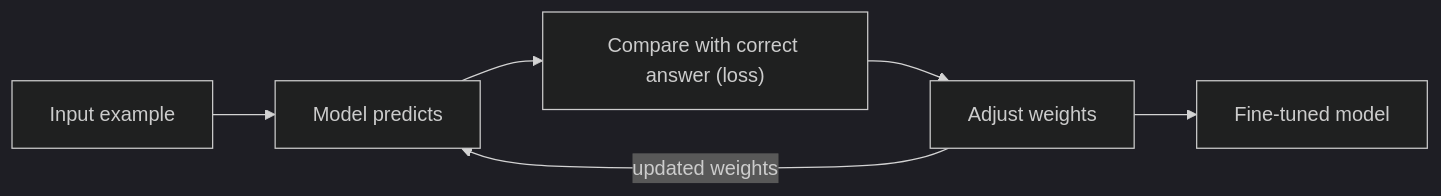
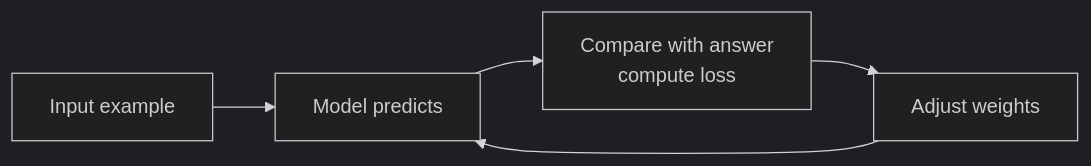
The second of 3 diagrams in notes/step-07-training-fine-tuning-and-alignment/083-how-does-fine-tuning-work.md (kaisarnajar/outcome-school-blogs), drawn with Mermaid (dark theme) before and after one commit. The commit also changed other lines of this file and 233 other files, not shown here.

````diff
--- a/notes/step-07-training-fine-tuning-and-alignment/083-how-does-fine-tuning-work.md
+++ b/notes/step-07-training-fine-tuning-and-alignment/083-how-does-fine-tuning-work.md
@@ -50,8 +62,7 @@
 ```mermaid
 flowchart LR
-    A["Input example"] --> B["Model predicts"]
-    B --> C["Compare with correct answer (loss)"]
-    C --> D["Adjust weights"]
-    D -->|"updated weights"| B
-    D --> E["Fine-tuned model"]
+I1["Input example"] --> M1["Model predicts"]
+M1 --> L1["Compare with answer<br/>compute loss"]
+L1 --> W1["Adjust weights"]
+W1 --> M1
 ```
````
